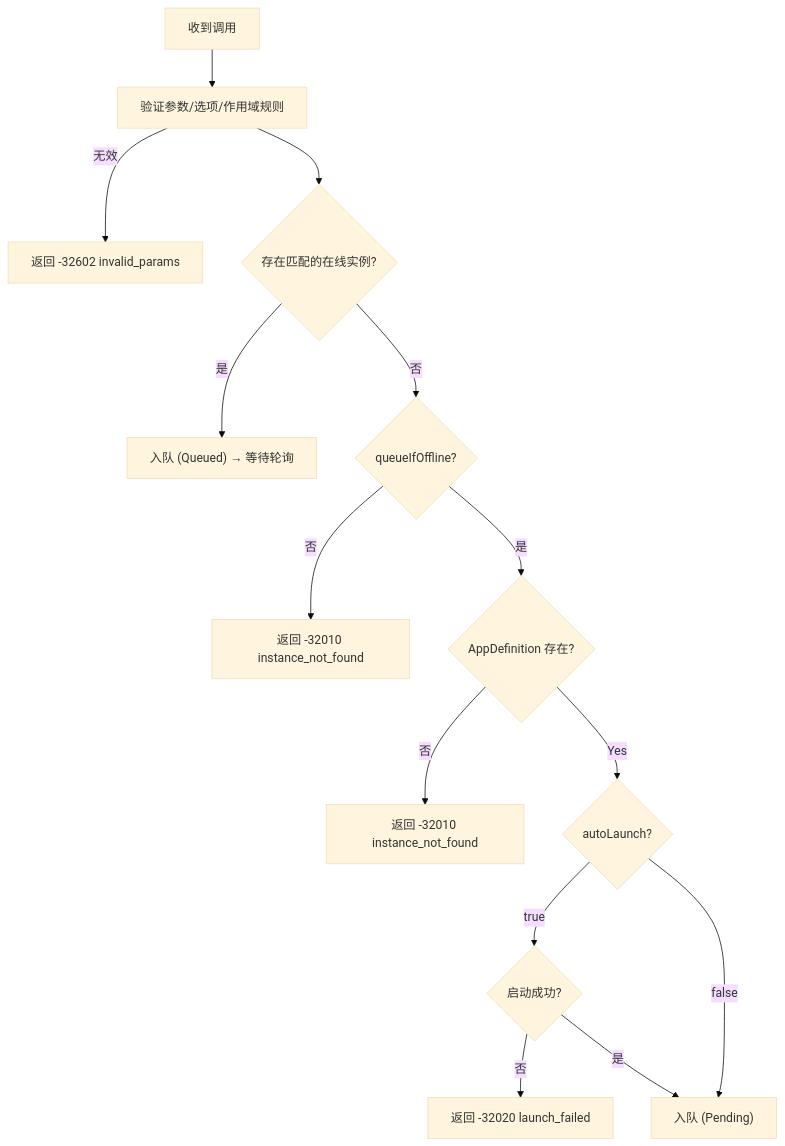
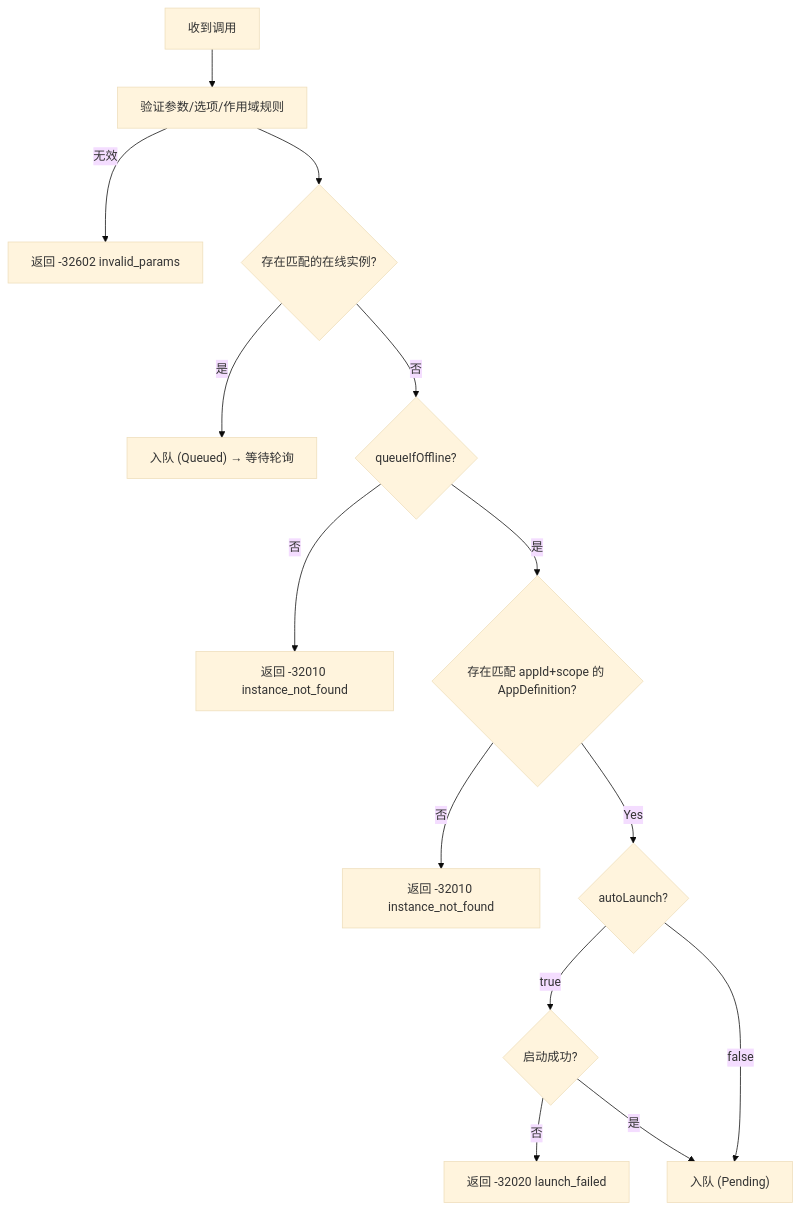
Before and after one commit to SolarianZ/DevHub: the second of 3 diagrams in docs/specification/protocol/Specification.md, drawn with Mermaid (base theme). The commit also changed other lines of this file and 50 other files, not shown here.

First line of the commit message:
spec: adopt scoped app definition identity

````diff
--- a/docs/specification/protocol/Specification.md
+++ b/docs/specification/protocol/Specification.md
@@ -1028,16 +1053,16 @@
 ```mermaid
 flowchart TD
     A[收到调用] --> B[验证参数/选项/作用域规则]
     B -->|无效| X[返回 -32602 invalid_params]
     B --> E{存在匹配的在线实例?}
     E -->|是| F["入队 (Queued) → 等待轮询"]
     E -->|否| G{queueIfOffline?}
     G -->|否| H[返回 -32010 instance_not_found]
-    G -->|是| CheckDef{AppDefinition 存在?}
+    G -->|是| CheckDef{存在匹配 appId+scope 的 AppDefinition?}
     CheckDef -->|否| H2[返回 -32010 instance_not_found]
     CheckDef -->|Yes| I{autoLaunch?}
     I -->|true| L{启动成功?}
     L -->|否| M[返回 -32020 launch_failed]
     L -->|是| N["入队 (Pending)"]
     I -->|false| N["入队 (Pending)"]
 ```
````
